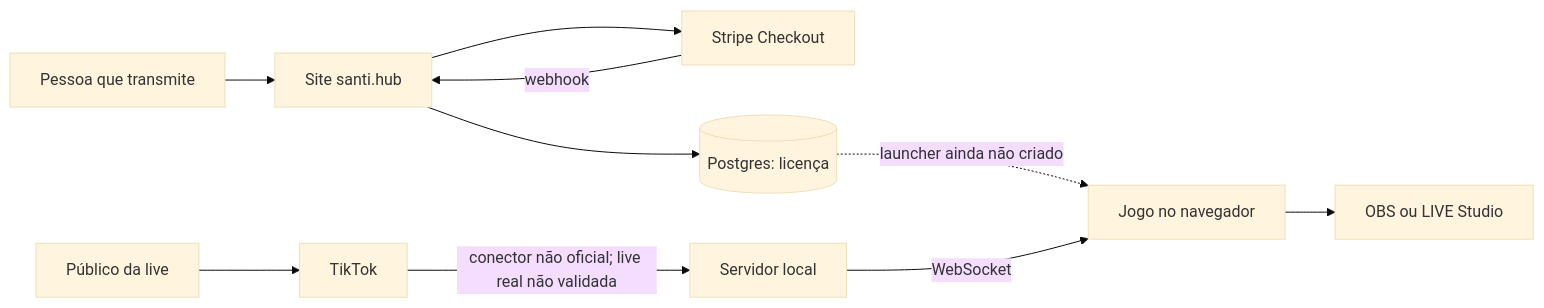
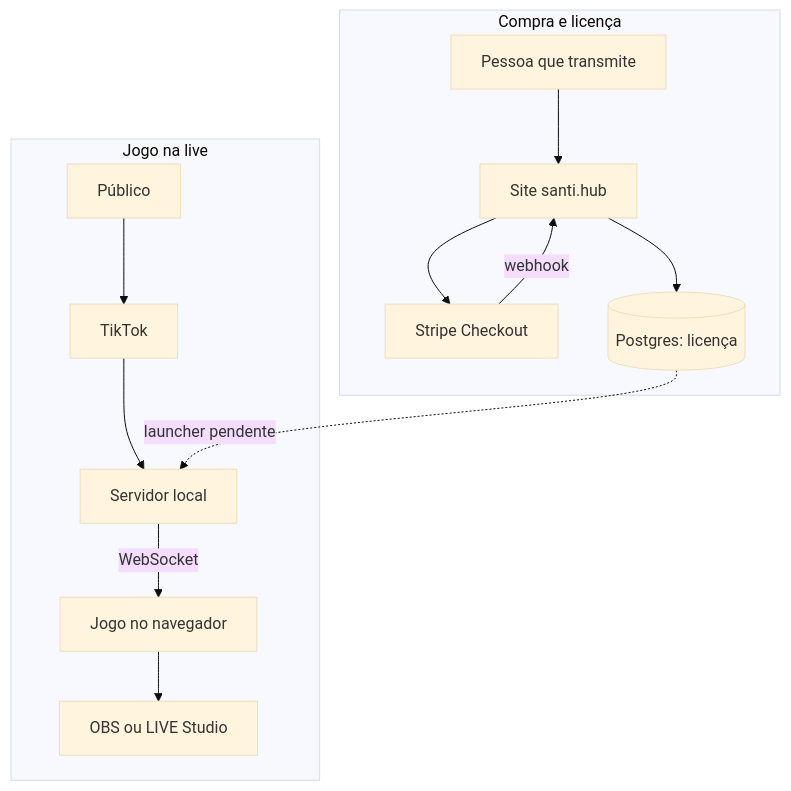
Before and after one commit to theuzao/santi-hub-docs: the first of 2 diagrams in README.md, drawn with Mermaid (base theme). The commit also changed other lines of this file, not shown here.

Commit message:
docs: ampliar leitura dos diagramas no GitHub

````diff
--- a/README.md
+++ b/README.md
@@ -9,12 +9,16 @@
 ```mermaid
-flowchart LR
-  Pessoa[Pessoa que transmite] --> Site[Site santi.hub]
-  Site --> Stripe[Stripe Checkout]
-  Stripe -->|webhook| Site
-  Site --> Banco[(Postgres: licença)]
-  Banco -. launcher ainda não criado .-> Jogo[Jogo no navegador]
-  Publico[Público da live] --> TikTok[TikTok]
-  TikTok -->|conector não oficial; live real não validada| Servidor[Servidor local]
-  Servidor -->|WebSocket| Jogo
-  Jogo --> OBS[OBS ou LIVE Studio]
+flowchart TB
+  subgraph Conta[Compra e licença]
+    Pessoa[Pessoa que transmite] --> Site[Site santi.hub]
+    Site --> Stripe[Stripe Checkout]
+    Stripe -->|webhook| Site
+    Site --> Banco[(Postgres: licença)]
+  end
+  subgraph Partida[Jogo na live]
+    Publico[Público] --> TikTok[TikTok]
+    TikTok --> Servidor[Servidor local]
+    Servidor -->|WebSocket| Jogo[Jogo no navegador]
+    Jogo --> OBS[OBS ou LIVE Studio]
+  end
+  Banco -. launcher pendente .-> Servidor
 ```
````
